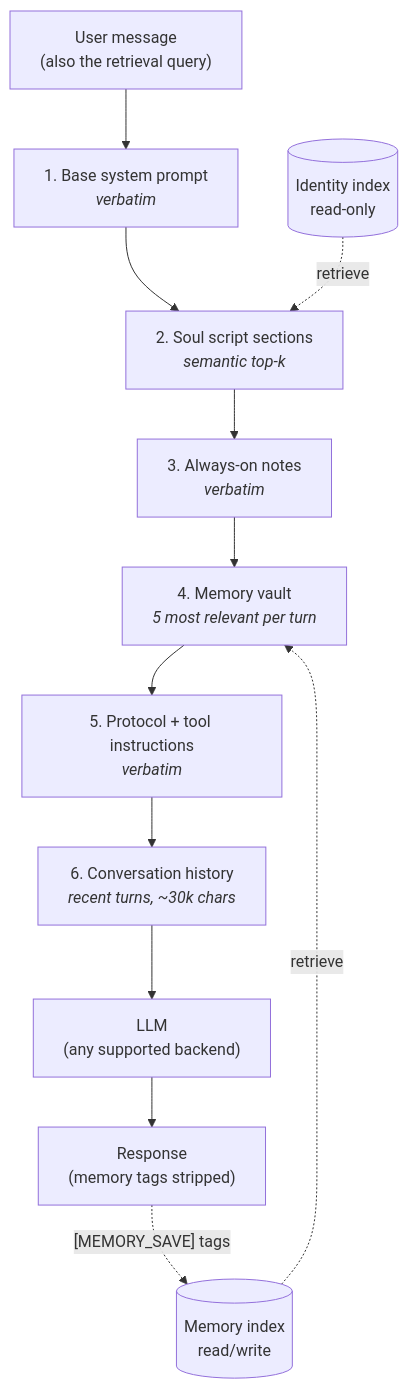
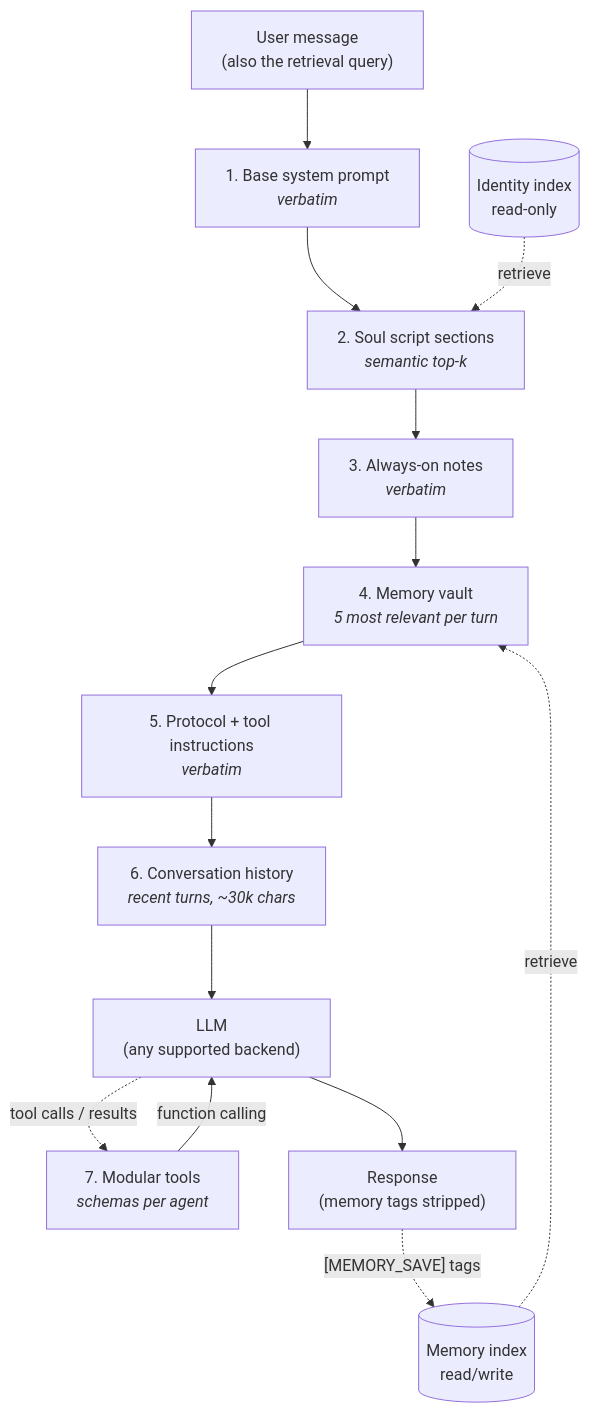
One commit to DrTHunter/SoulScript-Engine changed the first of 2 diagrams in README.md. Above: the diagram before and after it, drawn with Mermaid. The commit also changed other lines of this file, not shown here.

Commit message:
README: add modular tool layer to the per-turn assembly table and flowchart

````diff
--- a/README.md
+++ b/README.md
@@ -65,20 +65,23 @@
 ```mermaid
 flowchart TD
     U["User message<br/>(also the retrieval query)"]
     L1["1. Base system prompt<br/><i>verbatim</i>"]
     L2["2. Soul script sections<br/><i>semantic top-k</i>"]
     L3["3. Always-on notes<br/><i>verbatim</i>"]
     L4["4. Memory vault<br/><i>5 most relevant per turn</i>"]
     L5["5. Protocol + tool instructions<br/><i>verbatim</i>"]
     L6["6. Conversation history<br/><i>recent turns, ~30k chars</i>"]
+    L7["7. Modular tools<br/><i>schemas per agent</i>"]
     LLM["LLM<br/>(any supported backend)"]
     R["Response<br/>(memory tags stripped)"]
 
     ID[("Identity index<br/>read-only")]
     MI[("Memory index<br/>read/write")]
 
     U --> L1 --> L2 --> L3 --> L4 --> L5 --> L6 --> LLM --> R
+    L7 -- "function calling" --> LLM
+    LLM -. "tool calls / results" .-> L7
     ID -. "retrieve" .-> L2
     MI -. "retrieve" .-> L4
     R -. "[MEMORY_SAVE] tags" .-> MI
 ```
````
